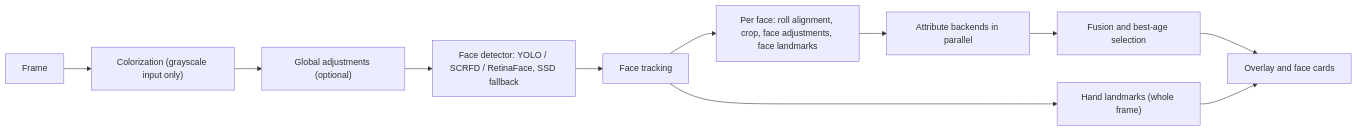
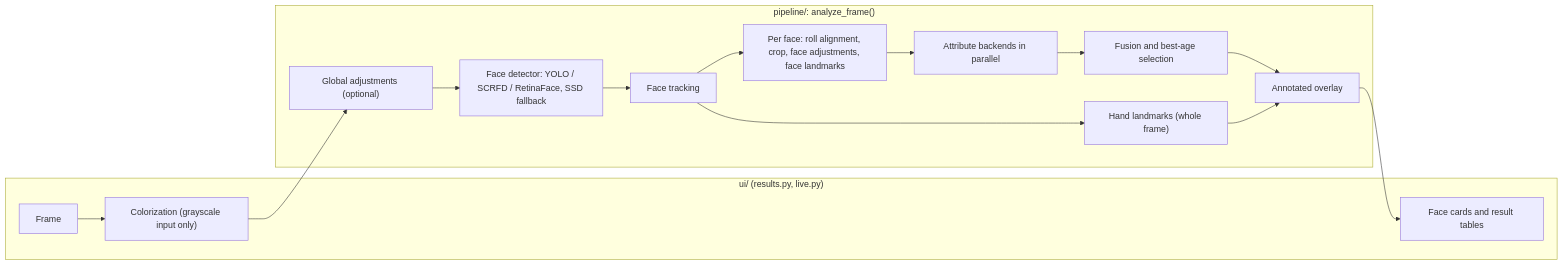
Before and after one commit to dpologdvinity/multimodal-face-analyzer: the diagram in README.md, drawn with Mermaid. The commit also changed other lines of this file and 3 other files, not shown here.

First line of the commit message:
docs: update architecture and setup for the package layout

````diff
--- a/README.md
+++ b/README.md
@@ -37,13 +37,19 @@
 ```mermaid
 flowchart LR
-    A[Frame] --> C["Colorization (grayscale input only)"]
-    C --> B["Global adjustments (optional)"]
-    B --> D["Face detector: YOLO / SCRFD / RetinaFace, SSD fallback"]
-    D --> E[Face tracking]
-    E --> H["Hand landmarks (whole frame)"]
-    E --> F["Per face: roll alignment, crop, face adjustments, face landmarks"]
-    F --> G["Attribute backends in parallel"]
-    G --> I["Fusion and best-age selection"]
-    I --> J[Overlay and face cards]
-    H --> J
+    subgraph UI["ui/ (results.py, live.py)"]
+        A[Frame] --> C["Colorization (grayscale input only)"]
+        K[Face cards and result tables]
+    end
+    subgraph P["pipeline/: analyze_frame()"]
+        B["Global adjustments (optional)"] --> D["Face detector: YOLO / SCRFD / RetinaFace, SSD fallback"]
+        D --> E[Face tracking]
+        E --> H["Hand landmarks (whole frame)"]
+        E --> F["Per face: roll alignment, crop, face adjustments, face landmarks"]
+        F --> G["Attribute backends in parallel"]
+        G --> I["Fusion and best-age selection"]
+        I --> J[Annotated overlay]
+        H --> J
+    end
+    C --> B
+    J --> K
 ```
````
